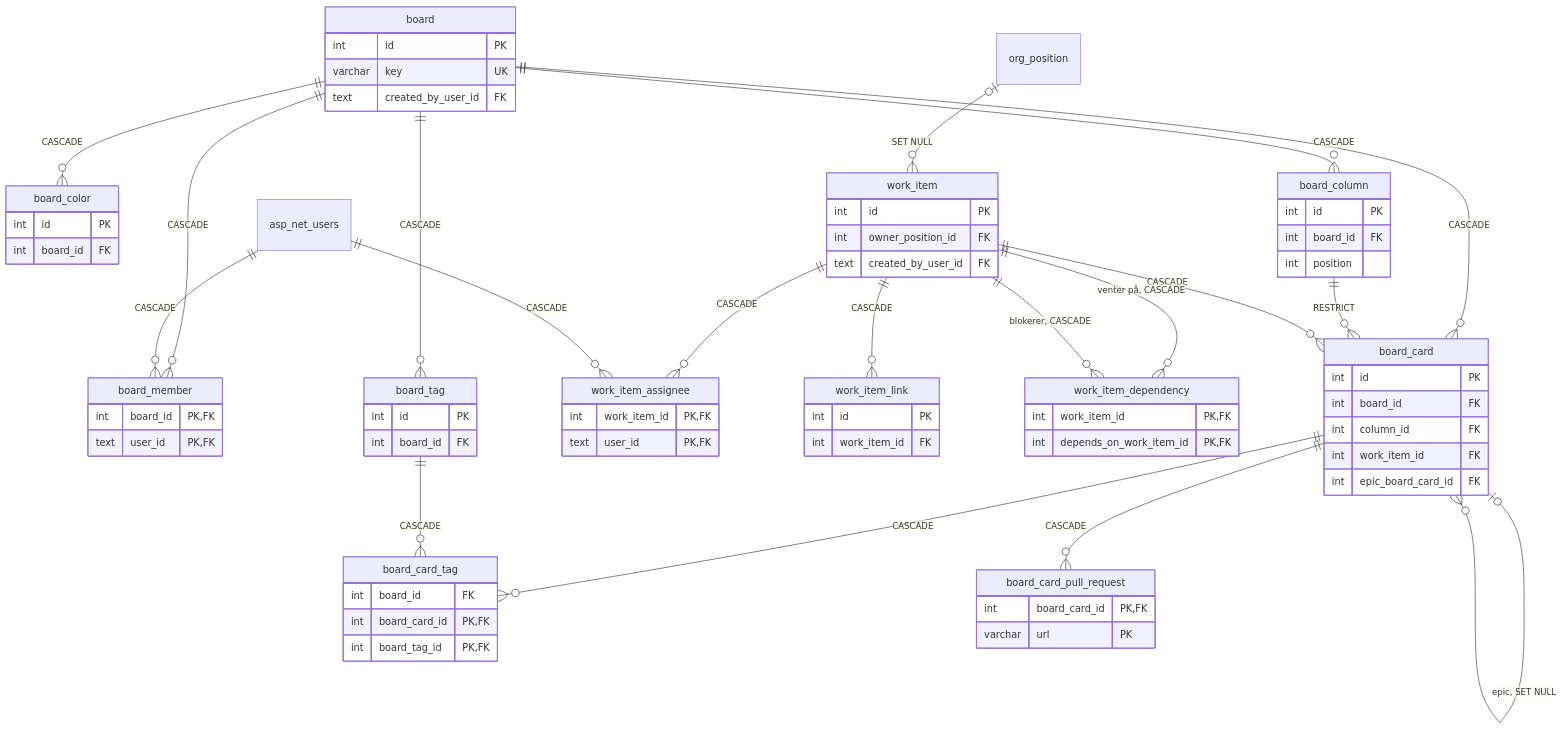
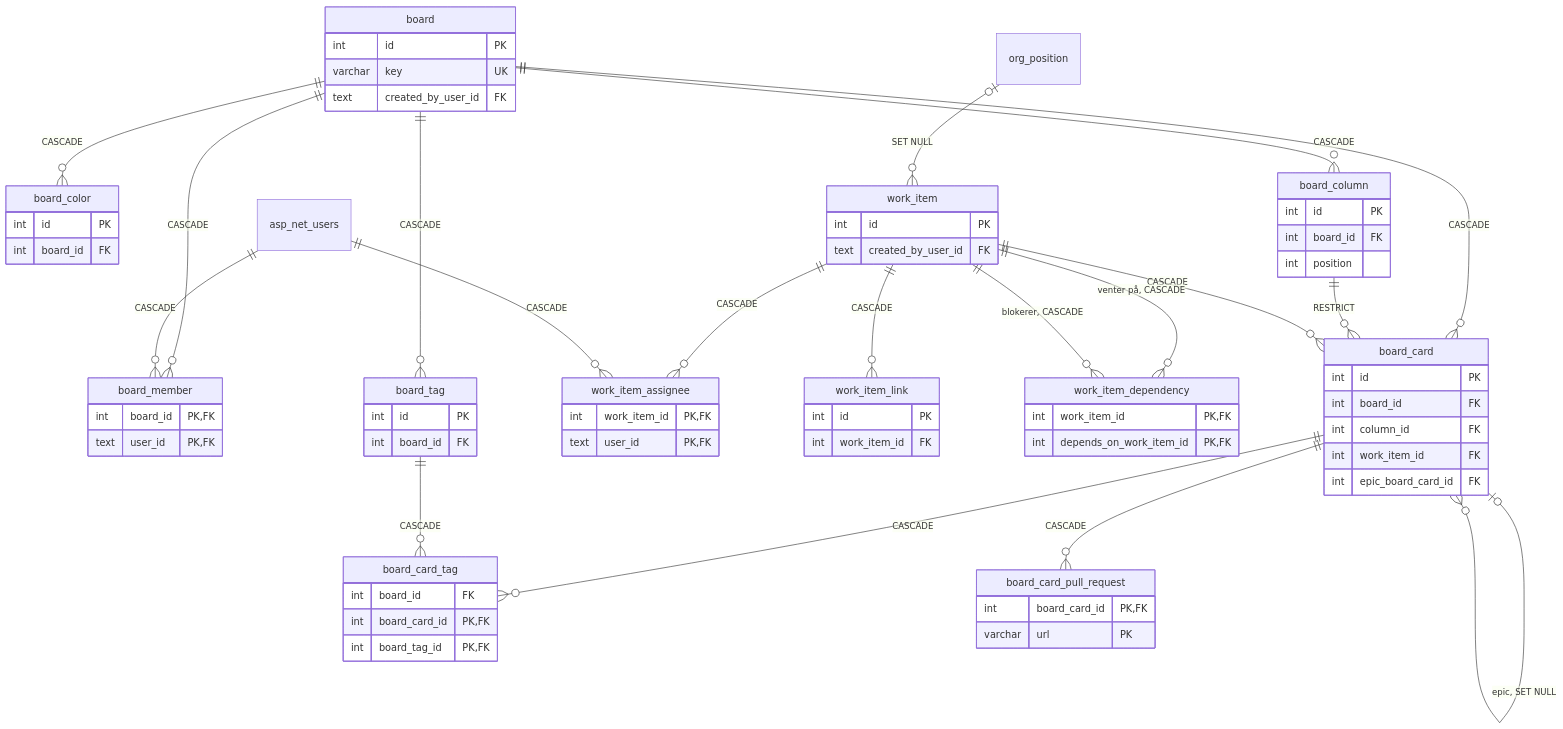
One commit to smallbenji/DS28-website changed the eighth of 11 diagrams in docs/database.md. Above: the diagram before and after it, drawn with Mermaid. The commit also changed other lines of this file and 2 other files, not shown here.

First line of the commit message:
[DS-122]: Drop kolonnen work_item.owner_position_id

````diff
--- a/docs/database.md
+++ b/docs/database.md
@@ -1116,77 +1114,76 @@
 ```mermaid
 erDiagram
     board {
         int id PK
         varchar key UK
         text created_by_user_id FK
     }
     board_member {
         int board_id PK, FK
         text user_id PK, FK
     }
     board_color {
         int id PK
         int board_id FK
     }
     board_column {
         int id PK
         int board_id FK
         int position
     }
     board_tag {
         int id PK
         int board_id FK
     }
     work_item {
         int id PK
-        int owner_position_id FK
         text created_by_user_id FK
     }
     work_item_assignee {
         int work_item_id PK, FK
         text user_id PK, FK
     }
     work_item_link {
         int id PK
         int work_item_id FK
     }
     work_item_dependency {
         int work_item_id PK, FK
         int depends_on_work_item_id PK, FK
     }
     board_card {
         int id PK
         int board_id FK
         int column_id FK
         int work_item_id FK
         int epic_board_card_id FK
     }
     board_card_tag {
         int board_id FK
         int board_card_id PK, FK
         int board_tag_id PK, FK
     }
     board_card_pull_request {
         int board_card_id PK, FK
         varchar url PK
     }
 
     board ||--o{ board_member : "CASCADE"
     asp_net_users ||--o{ board_member : "CASCADE"
     board ||--o{ board_color : "CASCADE"
     board ||--o{ board_column : "CASCADE"
     board ||--o{ board_tag : "CASCADE"
     board ||--o{ board_card : "CASCADE"
     board_column ||--o{ board_card : "RESTRICT"
     work_item ||--o{ board_card : "CASCADE"
     board_card |o--o{ board_card : "epic, SET NULL"
     board_card ||--o{ board_card_tag : "CASCADE"
     board_tag ||--o{ board_card_tag : "CASCADE"
     board_card ||--o{ board_card_pull_request : "CASCADE"
     work_item ||--o{ work_item_assignee : "CASCADE"
     asp_net_users ||--o{ work_item_assignee : "CASCADE"
     work_item ||--o{ work_item_link : "CASCADE"
     work_item ||--o{ work_item_dependency : "venter på, CASCADE"
     work_item ||--o{ work_item_dependency : "blokerer, CASCADE"
     org_position |o--o{ work_item : "SET NULL"
 ```
````
